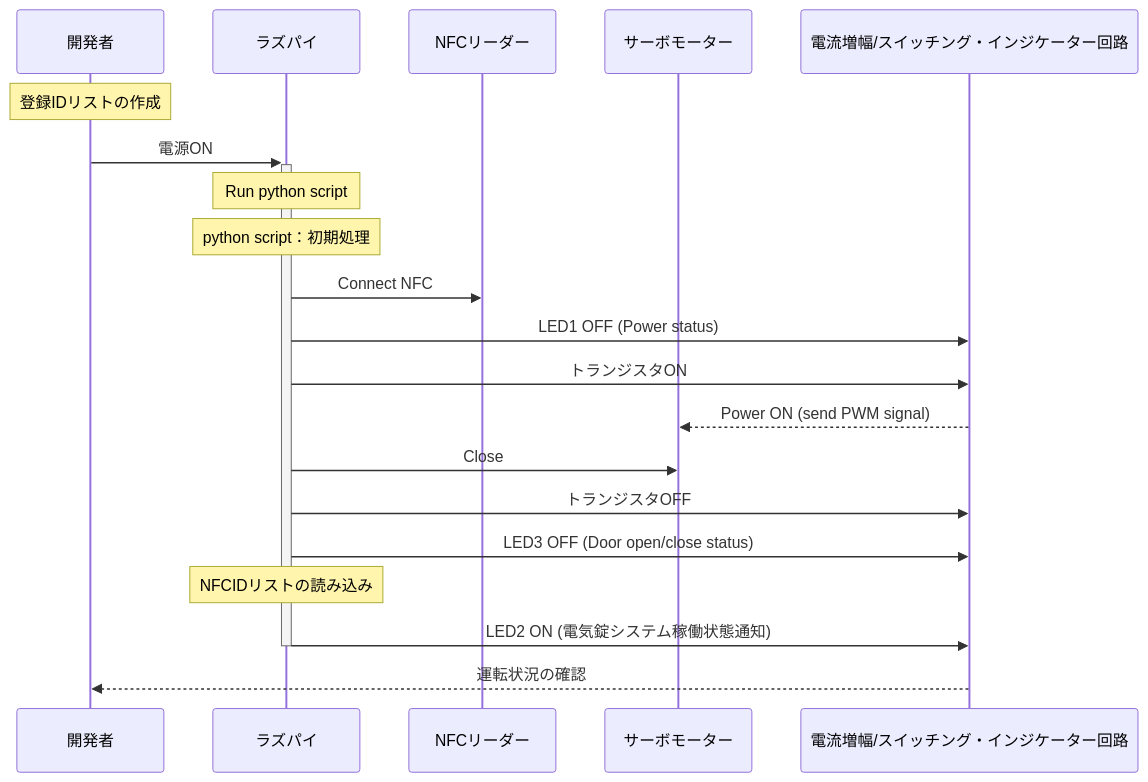
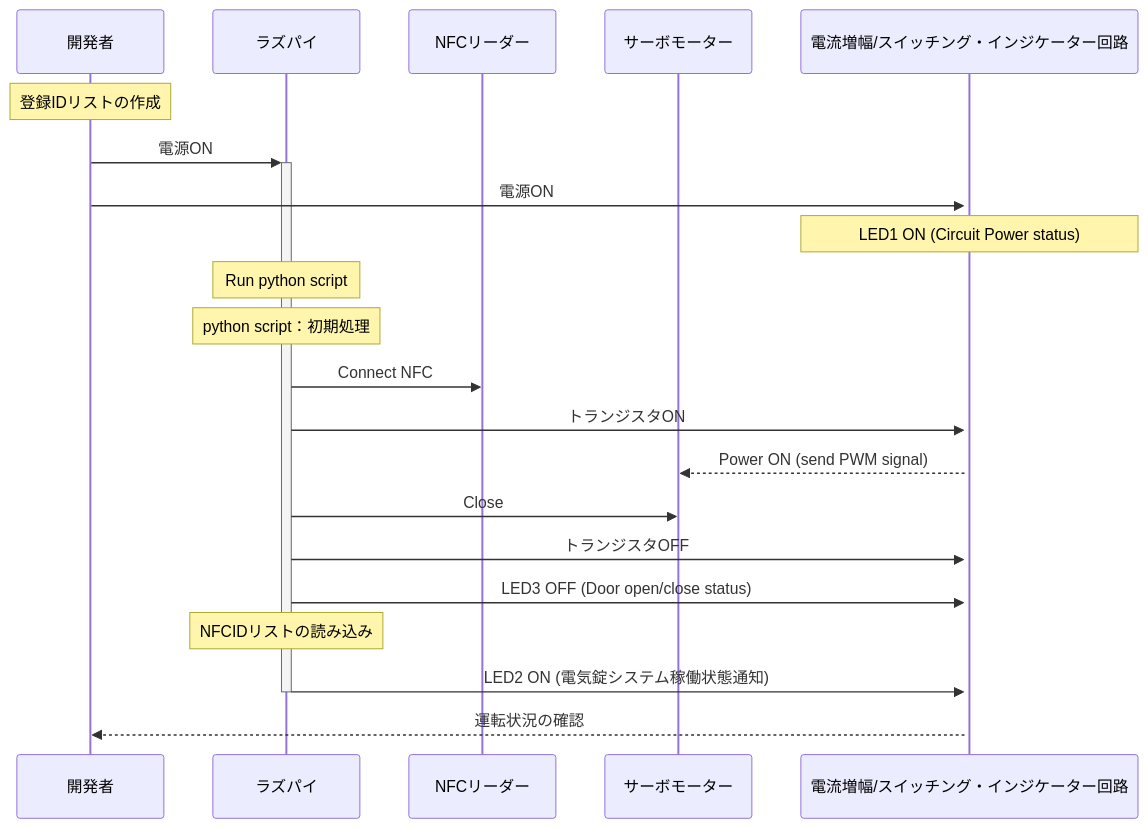
Before and after one commit to YUKI-SOKENDAI/SmartLock: the second of 3 diagrams in memo/SystemMEMO.md, drawn with Mermaid. The commit also changed other lines of this file, not shown here.

````diff
--- a/memo/SystemMEMO.md
+++ b/memo/SystemMEMO.md
@@ -66,25 +65,26 @@
 ```mermaid
 sequenceDiagram
     participant user as 開発者
     participant raspi as ラズパイ
     participant nfc as NFCリーダー
     participant servo as サーボモーター
     participant circuit as 電流増幅/スイッチング・インジケーター回路
     
     # hoge
     Note over user: 登録IDリストの作成
     user->>+raspi: 電源ON
+    user->>+circuit: 電源ON
+    Note over circuit: LED1 ON (Circuit Power status)
     Note over raspi : Run python script
     Note over raspi : python script：初期処理
     
     raspi->>nfc: Connect NFC
-    raspi->>circuit: LED1 OFF (Power status)
     raspi->>circuit: トランジスタON
     circuit-->>servo: Power ON (send PWM signal)
     raspi->>servo: Close
     raspi->>circuit: トランジスタOFF
     raspi->>circuit: LED3 OFF (Door open/close status)
     Note over raspi : NFCIDリストの読み込み
     raspi->>-circuit: LED2 ON (電気錠システム稼働状態通知)
     circuit-->>user: 運転状況の確認
 ``` 
````
